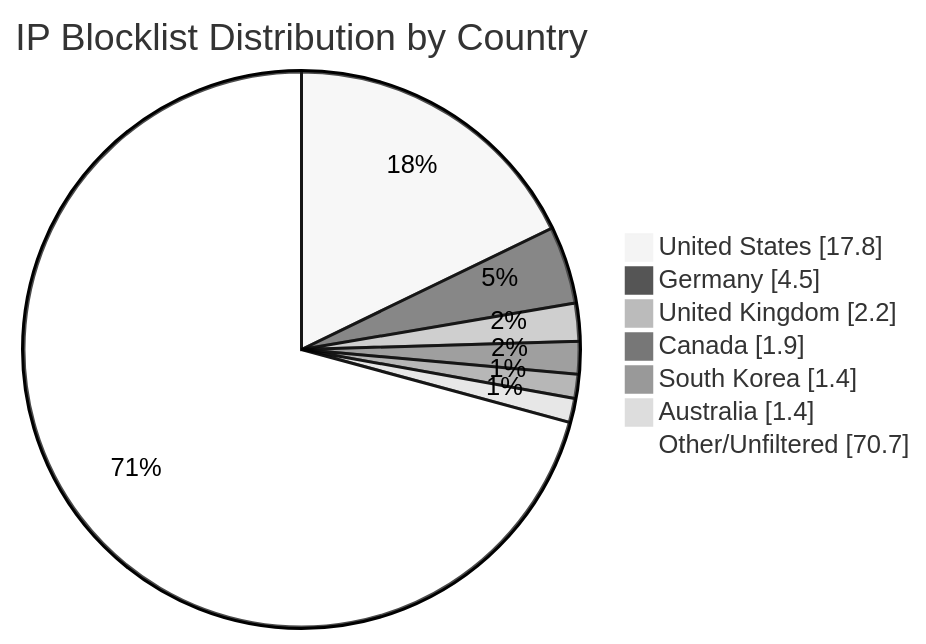
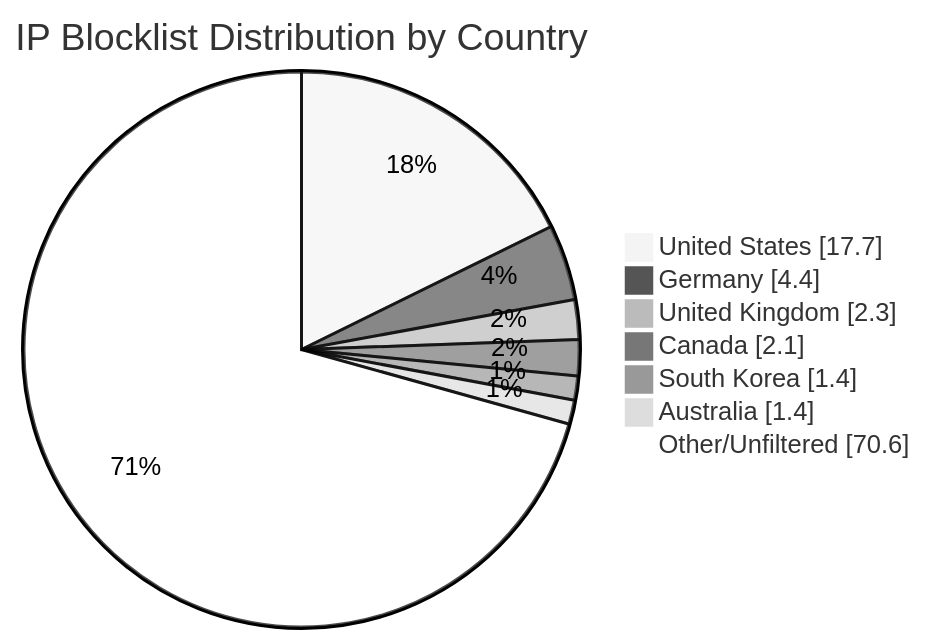
One commit to MarcusHoltz/ipblocklist-geofiltered-aggregator changed the diagram in README.md. Above: the diagram before and after it, drawn with Mermaid (neutral theme). The commit also changed other lines of this file and 9 other files, not shown here.

````diff
--- a/README.md
+++ b/README.md
@@ -34,10 +34,10 @@
 ```mermaid
 pie showData title IP Blocklist Distribution by Country
-"United States" : 17.8
-"Germany" : 4.5
-"United Kingdom" : 2.2
-"Canada" : 1.9
+"United States" : 17.7
+"Germany" : 4.4
+"United Kingdom" : 2.3
+"Canada" : 2.1
 "South Korea" : 1.4
 "Australia" : 1.4
-"Other/Unfiltered" : 70.7
+"Other/Unfiltered" : 70.6
 ```
````
